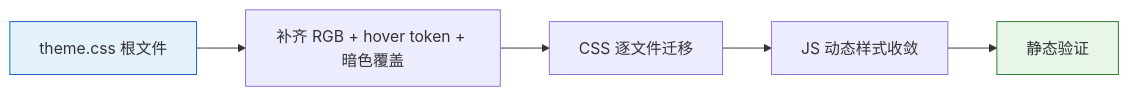
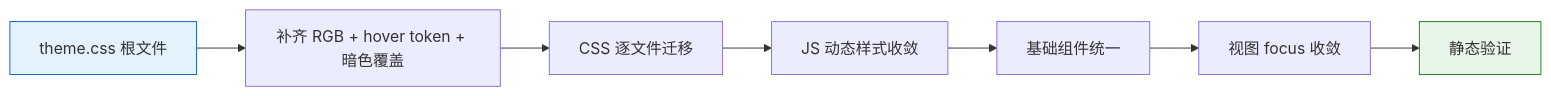
The diagram in docs/故事任务面板/YiWeb/YiWeb-unify-theme-colors/06-前端实施报告.md (effiy/YiWeb), drawn with Mermaid before and after one commit. The commit also changed other lines of this file and 9 other files, not shown here.

````diff
--- a/docs/故事任务面板/YiWeb/YiWeb-unify-theme-colors/06-前端实施报告.md
+++ b/docs/故事任务面板/YiWeb/YiWeb-unify-theme-colors/06-前端实施报告.md
@@ -14,9 +14,11 @@
 ```mermaid
 flowchart LR
     A[theme.css 根文件] --> B[补齐 RGB + hover token + 暗色覆盖]
     B --> C[CSS 逐文件迁移]
     C --> D[JS 动态样式收敛]
-    D --> E[静态验证]
+    D --> E[基础组件统一]
+    E --> F[视图 focus 收敛]
+    F --> G[静态验证]
     style A fill:#e3f2fd,stroke:#1565c0
-    style E fill:#e8f5e9,stroke:#2e7d32
+    style G fill:#e8f5e9,stroke:#2e7d32
 ```
````
